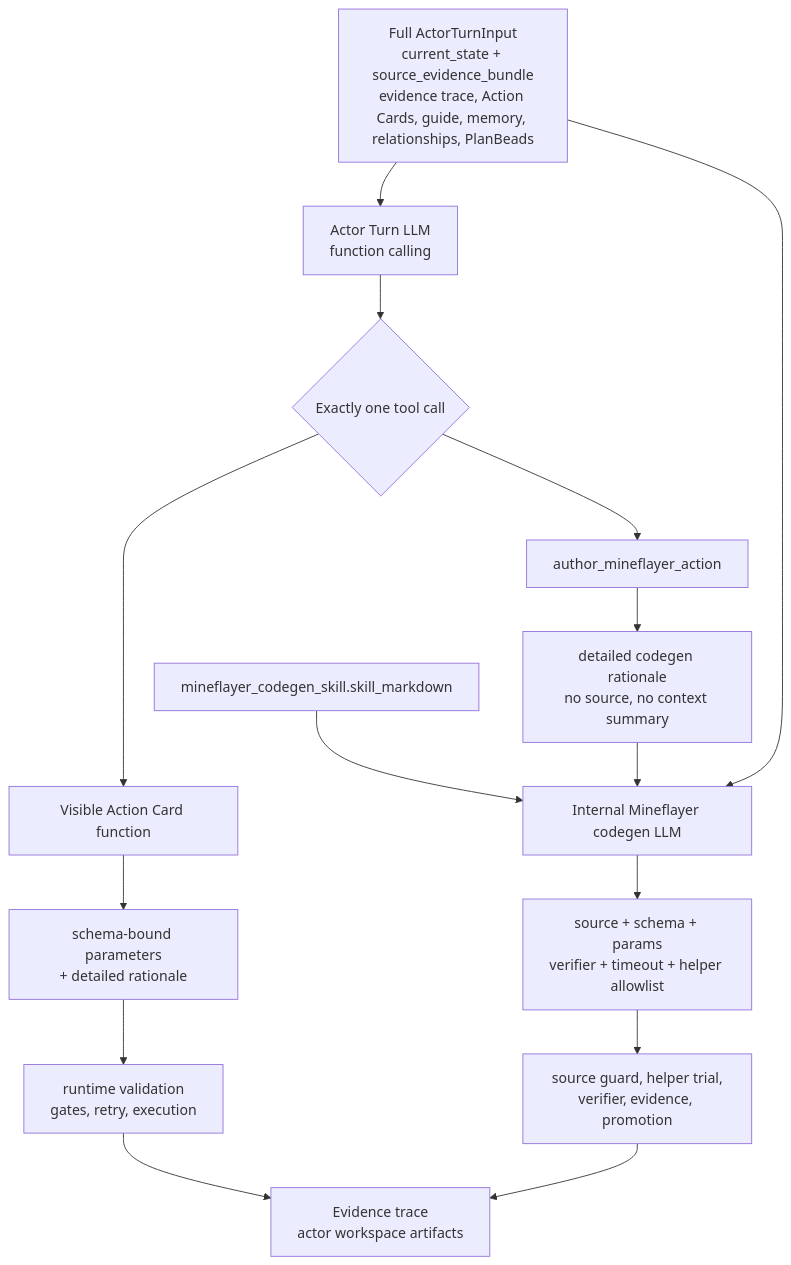
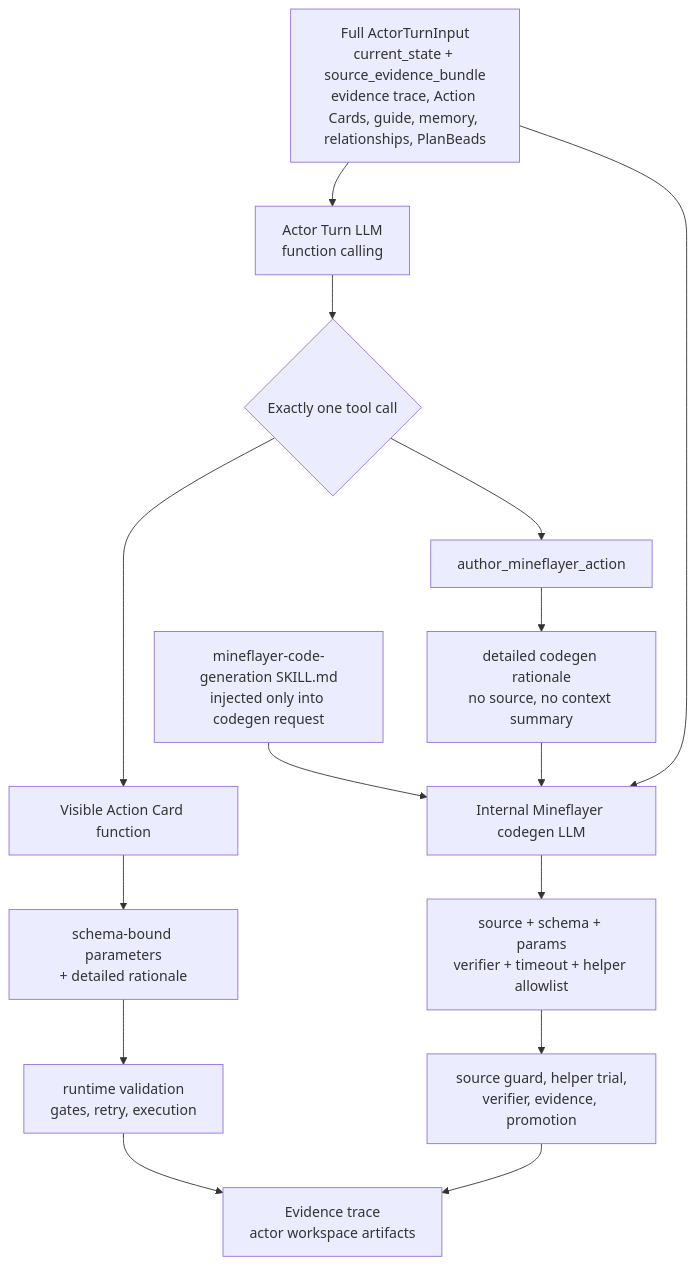
The diagram in project-docs/Architecture/Actor-Turn-Tool-Calling-And-Full-Context-Codegen.md (gigio1023/minecraft-llm-agent-community), drawn with Mermaid before and after one commit. The commit also changed other lines of this file and 20 other files, not shown here.

````diff
--- a/project-docs/Architecture/Actor-Turn-Tool-Calling-And-Full-Context-Codegen.md
+++ b/project-docs/Architecture/Actor-Turn-Tool-Calling-And-Full-Context-Codegen.md
@@ -27,17 +27,17 @@
 ```mermaid
 flowchart TD
   Input["Full ActorTurnInput<br/>current_state + source_evidence_bundle<br/>evidence trace, Action Cards, guide, memory, relationships, PlanBeads"] --> Outer["Actor Turn LLM<br/>function calling"]
   Outer --> Choice{"Exactly one tool call"}
   Choice --> Card["Visible Action Card function"]
   Choice --> Author["author_mineflayer_action"]
   Card --> Params["schema-bound parameters<br/>+ detailed rationale"]
   Params --> Runtime["runtime validation<br/>gates, retry, execution"]
   Author --> Request["detailed codegen rationale<br/>no source, no context summary"]
   Input --> Codegen["Internal Mineflayer codegen LLM"]
   Request --> Codegen
-  Skill["mineflayer_codegen_skill.skill_markdown"] --> Codegen
+  Skill["mineflayer-code-generation SKILL.md<br/>injected only into codegen request"] --> Codegen
   Codegen --> Candidate["source + schema + params<br/>verifier + timeout + helper allowlist"]
   Candidate --> Trial["source guard, helper trial,<br/>verifier, evidence, promotion"]
   Runtime --> Evidence["Evidence trace<br/>actor workspace artifacts"]
   Trial --> Evidence
 ```
````
